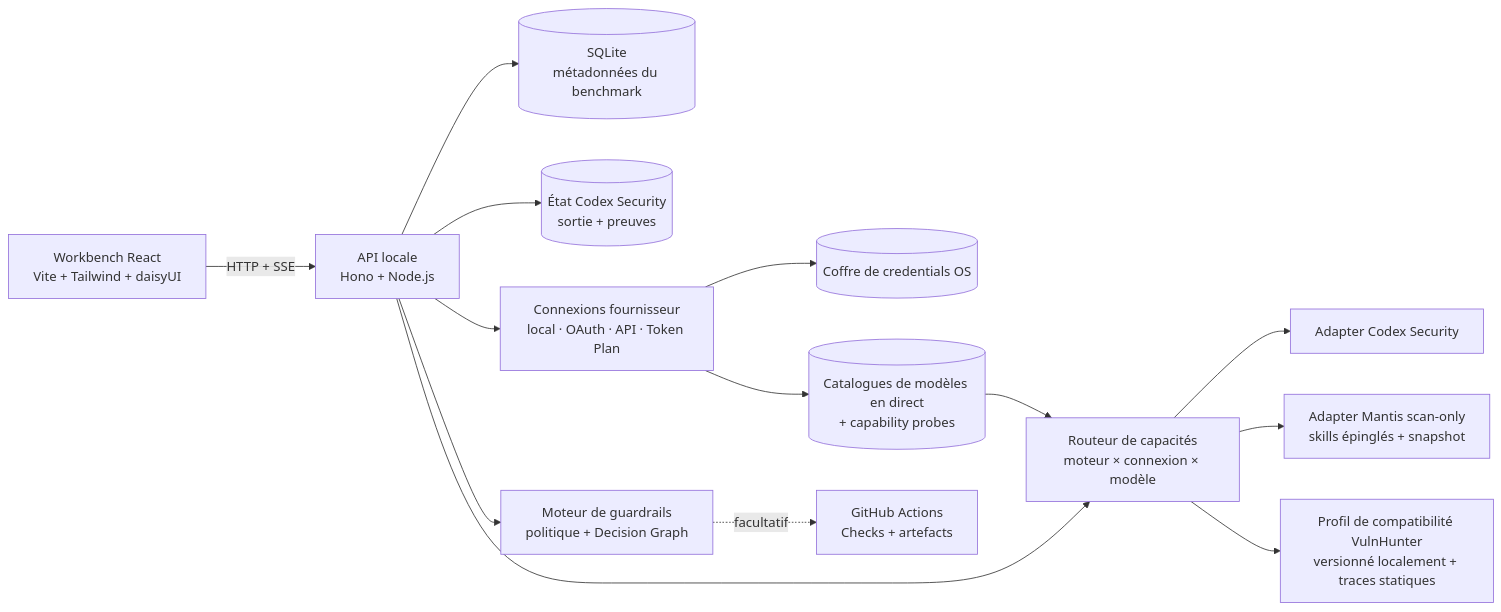
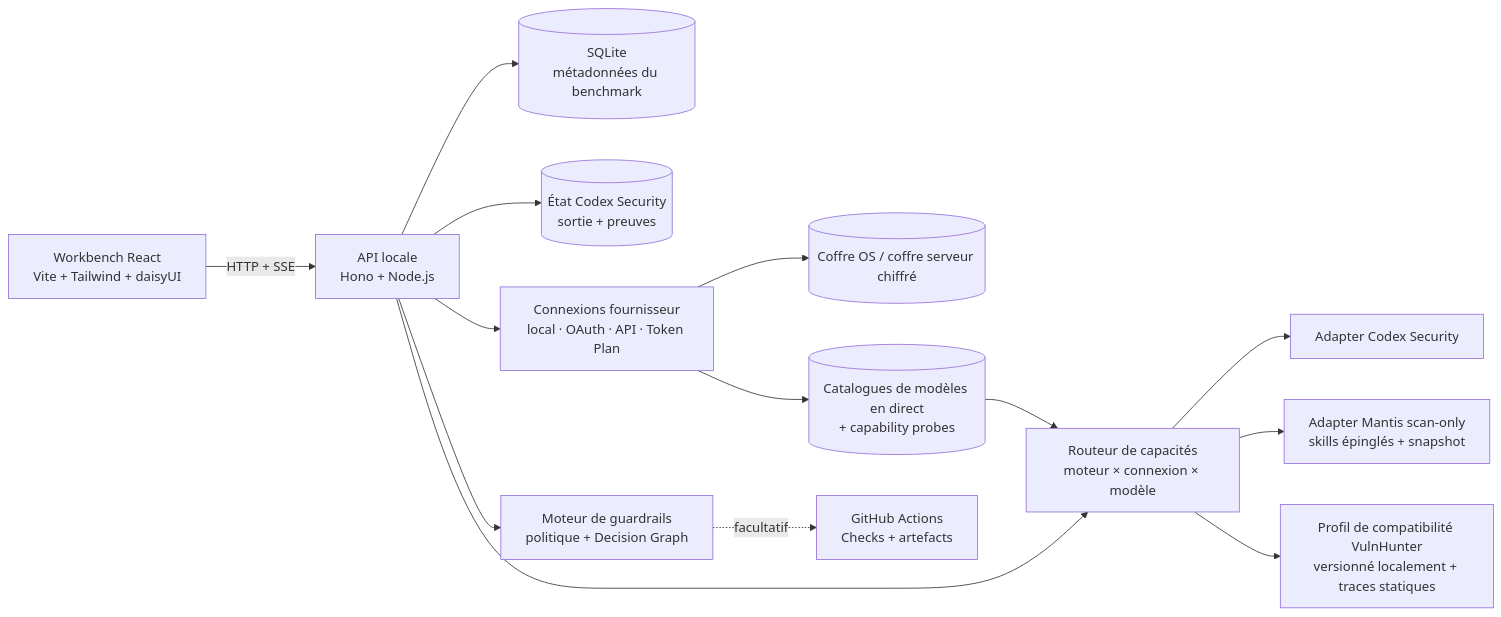
Before and after one commit to OkamiOps/okami-sentinel: the diagram in README.fr.md, drawn with Mermaid. The commit also changed other lines of this file and 4 other files, not shown here.

````diff
--- a/README.fr.md
+++ b/README.fr.md
@@ -156,30 +156,30 @@
 ```mermaid
 flowchart LR
     UI["Workbench React\nVite + Tailwind + daisyUI"]
     API["API locale\nHono + Node.js"]
     DB[("SQLite\nmétadonnées du benchmark")]
     STATE[("État Codex Security\nsortie + preuves")]
     CONNECTIONS["Connexions fournisseur\nlocal · OAuth · API · Token Plan"]
-    VAULT[("Coffre de credentials OS")]
+    VAULT[("Coffre OS / coffre serveur chiffré")]
     MODELS[("Catalogues de modèles en direct\n+ capability probes")]
     ROUTER["Routeur de capacités\nmoteur × connexion × modèle"]
     CODEXSEC["Adapter Codex Security"]
     MANTIS["Adapter Mantis scan-only\nskills épinglés + snapshot"]
     VULNHUNTER["Profil de compatibilité VulnHunter\nversionné localement + traces statiques"]
     GATE["Moteur de guardrails\npolitique + Decision Graph"]
     GH["GitHub Actions\nChecks + artefacts"]
 
     UI -->|HTTP + SSE| API
     API --> DB
     API --> STATE
     API --> CONNECTIONS
     CONNECTIONS --> VAULT
     CONNECTIONS --> MODELS
     MODELS --> ROUTER
     API --> ROUTER
     ROUTER --> CODEXSEC
     ROUTER --> MANTIS
     ROUTER --> VULNHUNTER
     API --> GATE
     GATE -. facultatif .-> GH
 ```
````
